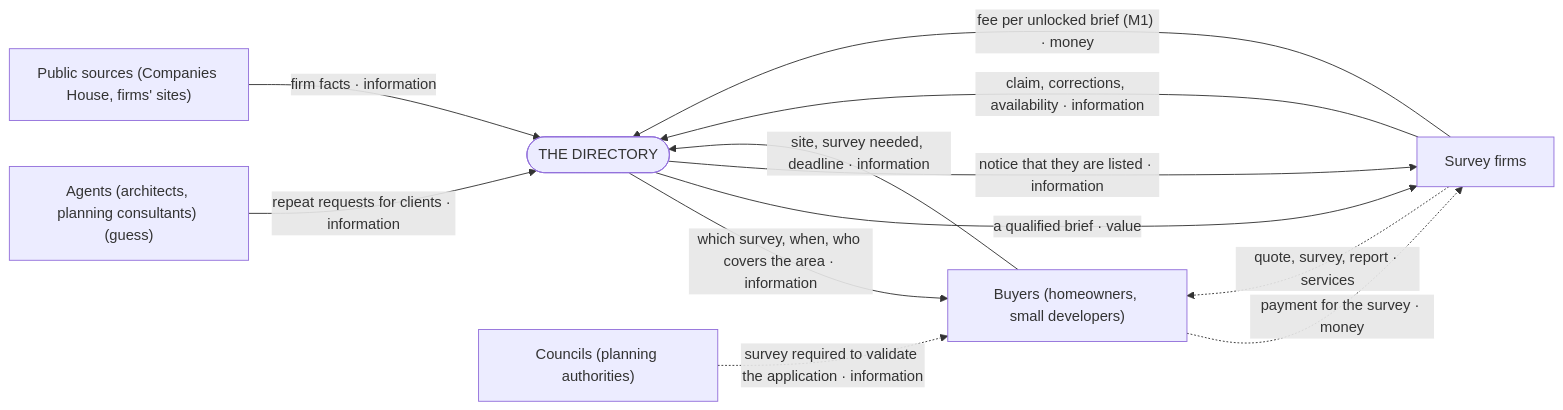
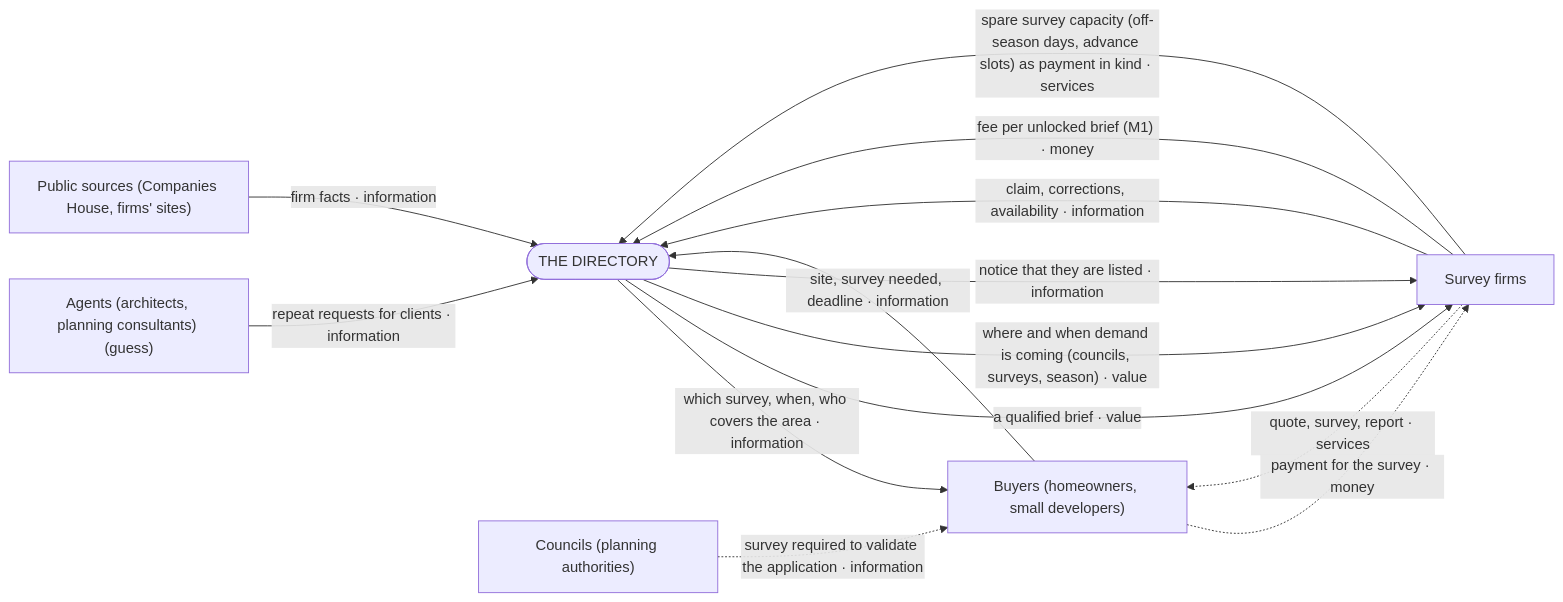
Before and after one commit to Rwb3n/macan: the first of 8 diagrams in model/views/model.md, drawn with Mermaid. The commit also changed other lines of this file and 10 other files, not shown here.

Commit message:
Map: channels with receipts or guess flags (checked); U6 intelligence for firms and payment in kind with spare capacity (principal decisions); Slot object; receipts rule; Arbtech filed accounts as receipt

````diff
--- a/model/views/model.md
+++ b/model/views/model.md
@@ -13,20 +19,22 @@
 ```mermaid
 flowchart LR
   directory(["THE DIRECTORY"])
   buyer["Buyers (homeowners, small developers)"]
   agent["Agents (architects, planning consultants) (guess)"]
   firm["Survey firms"]
   council["Councils (planning authorities)"]
   public["Public sources (Companies House, firms' sites)"]
   buyer -- "site, survey needed, deadline · information" --> directory
   directory -- "which survey, when, who covers the area · information" --> buyer
   agent -- "repeat requests for clients · information" --> directory
   directory -- "a qualified brief · value" --> firm
   firm -- "claim, corrections, availability · information" --> directory
   firm -- "fee per unlocked brief (M1) · money" --> directory
+  directory -- "where and when demand is coming (councils, surveys, season) · value" --> firm
+  firm -- "spare survey capacity (off-season days, advance slots) as payment in kind · services" --> directory
   public -- "firm facts · information" --> directory
   directory -- "notice that they are listed · information" --> firm
   council -. "survey required to validate the application · information" .-> buyer
   firm -. "quote, survey, report · services" .-> buyer
   buyer -. "payment for the survey · money" .-> firm
 ```
````
